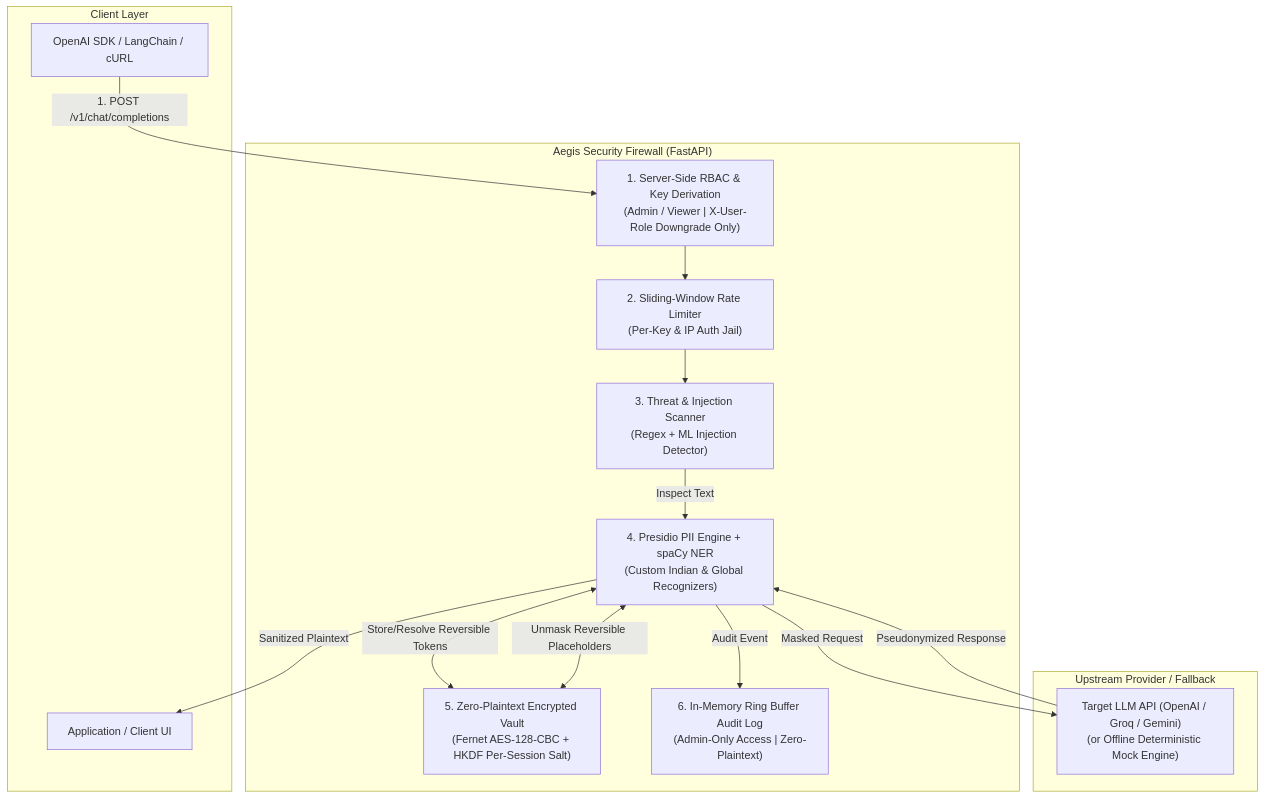
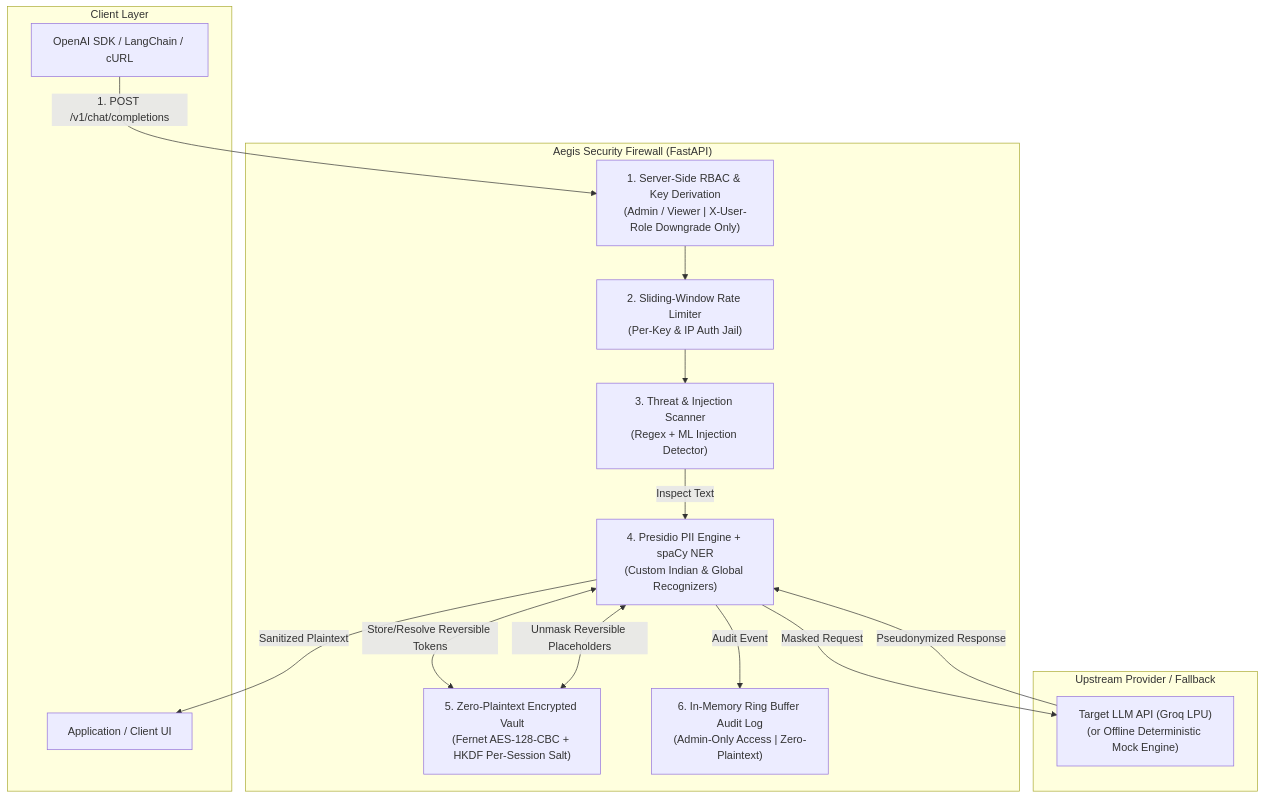
The diagram in README.md (Akash-dev-tech/aegis-proxy), drawn with Mermaid before and after one commit. The commit also changed other lines of this file and 28 other files, not shown here.

````diff
--- a/README.md
+++ b/README.md
@@ -32,32 +32,32 @@
 ```mermaid
 flowchart TD
     subgraph Client ["Client Layer"]
         UserApp["Application / Client UI"]
         SDK["OpenAI SDK / LangChain / cURL"]
     end
 
     subgraph Aegis ["Aegis Security Firewall (FastAPI)"]
         AuthCheck["1. Server-Side RBAC & Key Derivation\n(Admin / Viewer | X-User-Role Downgrade Only)"]
         RateLimiter["2. Sliding-Window Rate Limiter\n(Per-Key & IP Auth Jail)"]
         ThreatScanner["3. Threat & Injection Scanner\n(Regex + ML Injection Detector)"]
         PresidioEngine["4. Presidio PII Engine + spaCy NER\n(Custom Indian & Global Recognizers)"]
         EncryptedVault["5. Zero-Plaintext Encrypted Vault\n(Fernet AES-128-CBC + HKDF Per-Session Salt)"]
         AuditBuffer["6. In-Memory Ring Buffer Audit Log\n(Admin-Only Access | Zero-Plaintext)"]
     end
 
     subgraph External ["Upstream Provider / Fallback"]
-        LLM["Target LLM API (OpenAI / Groq / Gemini)\n(or Offline Deterministic Mock Engine)"]
+        LLM["Target LLM API (Groq LPU)\n(or Offline Deterministic Mock Engine)"]
     end
 
     SDK -->|1. POST /v1/chat/completions| AuthCheck
     AuthCheck --> RateLimiter
     RateLimiter --> ThreatScanner
     ThreatScanner -->|Inspect Text| PresidioEngine
     PresidioEngine <-->|Store/Resolve Reversible Tokens| EncryptedVault
     PresidioEngine -->|Audit Event| AuditBuffer
     
     PresidioEngine -->|Masked Request| LLM
     LLM -->|Pseudonymized Response| PresidioEngine
     PresidioEngine <-->|Unmask Reversible Placeholders| EncryptedVault
     PresidioEngine -->|Sanitized Plaintext| UserApp
 ```
````
